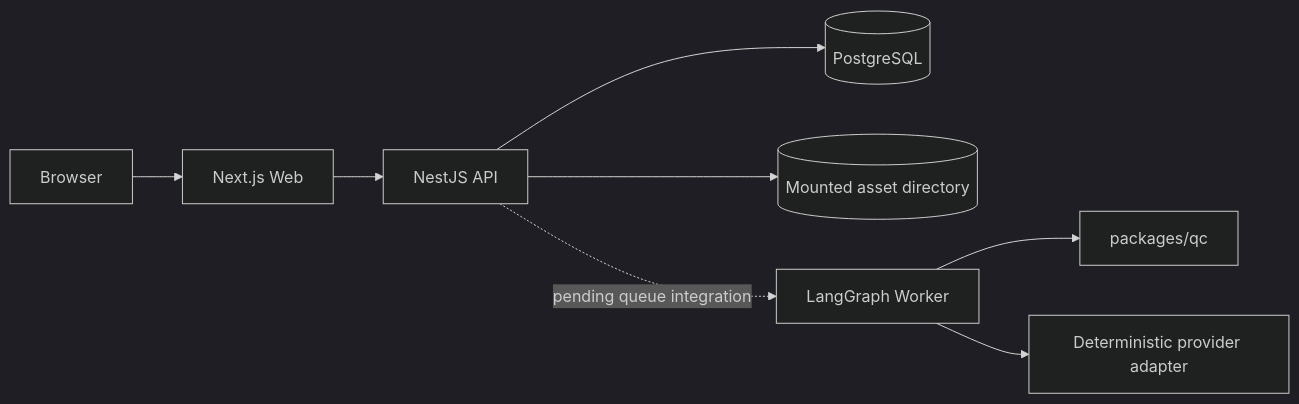
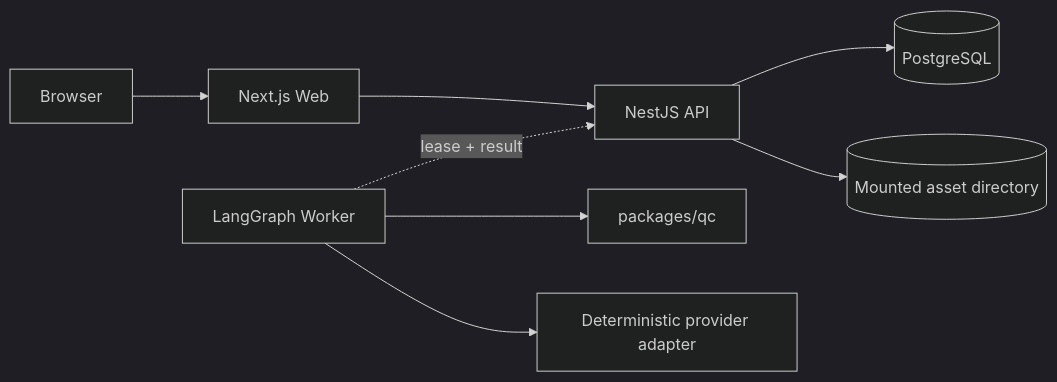
One commit to YPYT1/localization-release-commander changed the diagram in README.md. Above: the diagram before and after it, drawn with Mermaid (dark theme). The commit also changed other lines of this file and 3 other files, not shown here.

````diff
--- a/README.md
+++ b/README.md
@@ -45,10 +45,10 @@
 ```mermaid
 flowchart LR
   browser[Browser] --> web[Next.js Web]
   web --> api[NestJS API]
   api --> db[(PostgreSQL)]
   api --> assets[(Mounted asset directory)]
-  api -. pending queue integration .-> worker[LangGraph Worker]
+  worker[LangGraph Worker] -. lease + result .-> api
   worker --> qc[packages/qc]
   worker --> provider[Deterministic provider adapter]
 ```
````
